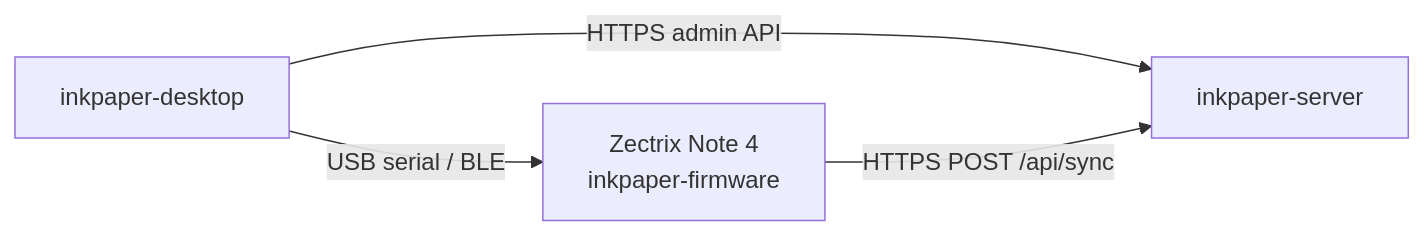
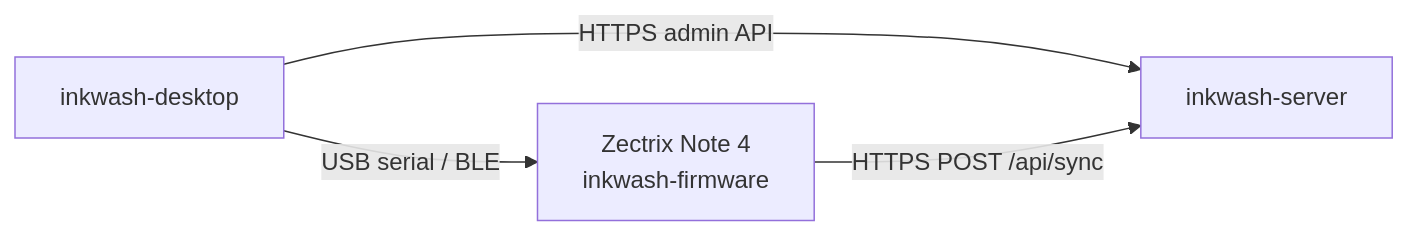
Before and after one commit to counhopig/inkpaper-desktop: the diagram in README.md, drawn with Mermaid. The commit also changed other lines of this file and 27 other files, not shown here.

First line of the commit message:
refactor!: rebrand Inkpaper to Inkwash

````diff
--- a/README.md
+++ b/README.md
@@ -15,6 +15,6 @@
 ```mermaid
 flowchart LR
-    T["inkpaper-desktop"] -->|"USB serial / BLE"| D["Zectrix Note 4<br/>inkpaper-firmware"]
-    T -->|"HTTPS admin API"| S["inkpaper-server"]
+    T["inkwash-desktop"] -->|"USB serial / BLE"| D["Zectrix Note 4<br/>inkwash-firmware"]
+    T -->|"HTTPS admin API"| S["inkwash-server"]
     D -->|"HTTPS POST /api/sync"| S
 ```
````
